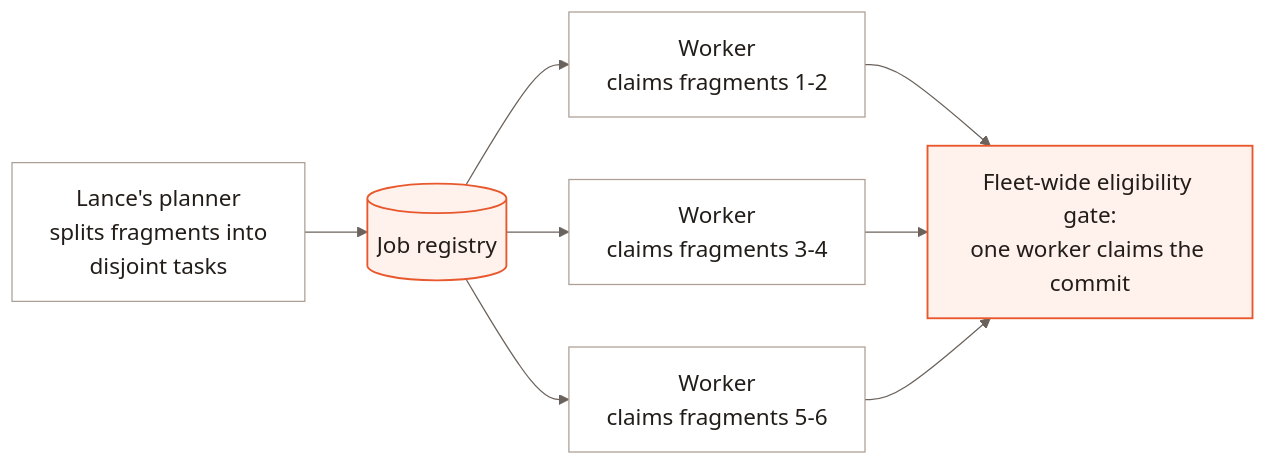
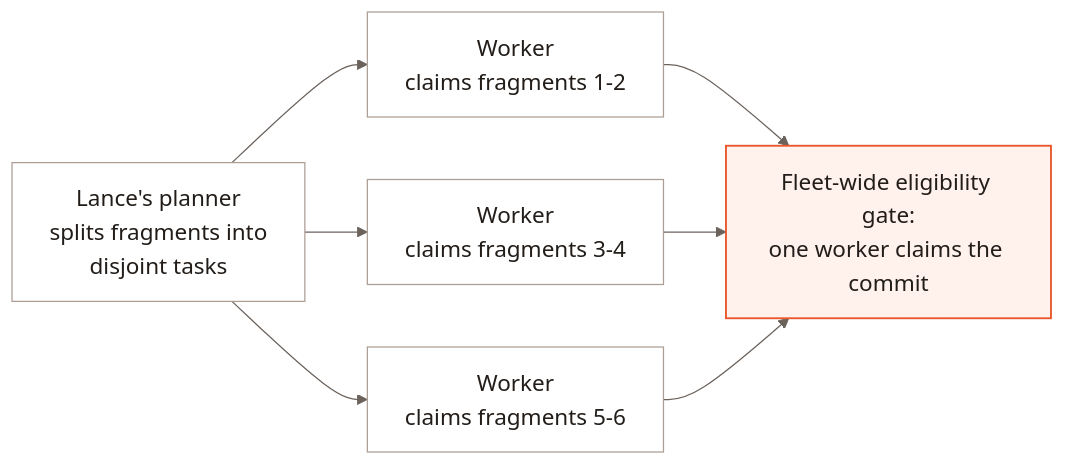
Before and after one commit to lancedb/lancedb: the second of 2 diagrams in docs/web/enterprise/distributed-compaction.mdx, drawn with Mermaid. The commit also changed other lines of this file and 13 other files, not shown here.

````diff
--- a/docs/web/enterprise/distributed-compaction.mdx
+++ b/docs/web/enterprise/distributed-compaction.mdx
@@ -43,18 +43,18 @@
 ```mermaid
 %%{init: {"theme": "base", "themeVariables": {
   "background": "#ffffff", "primaryColor": "#ffffff", "primaryTextColor": "#221d19",
   "primaryBorderColor": "#ad9e95", "lineColor": "#6b625c", "textColor": "#221d19",
   "edgeLabelBackground": "#ffffff", "fontFamily": "Inter, sans-serif", "fontSize": "18px"
 }}}%%
 flowchart LR
-    L["Lance's planner<br/>splits fragments into<br/>disjoint tasks"] --> R[("Job registry")]
-    R --> W1["Worker<br/>claims fragments 1-2"]
-    R --> W2["Worker<br/>claims fragments 3-4"]
-    R --> W3["Worker<br/>claims fragments 5-6"]
+    L["Lance's planner<br/>splits fragments into<br/>disjoint tasks"]
+    L --> W1["Worker<br/>claims fragments 1-2"]
+    L --> W2["Worker<br/>claims fragments 3-4"]
+    L --> W3["Worker<br/>claims fragments 5-6"]
     W1 --> C["Fleet-wide eligibility gate:<br/>one worker claims the commit"]
     W2 --> C
     W3 --> C
     classDef default fill:#ffffff,stroke:#ad9e95,stroke-width:1px,color:#221d19
     classDef accent fill:#fff1ec,stroke:#e8582d,stroke-width:1.5px,color:#221d19
-    class R,C accent
+    class C accent
 ```
````
